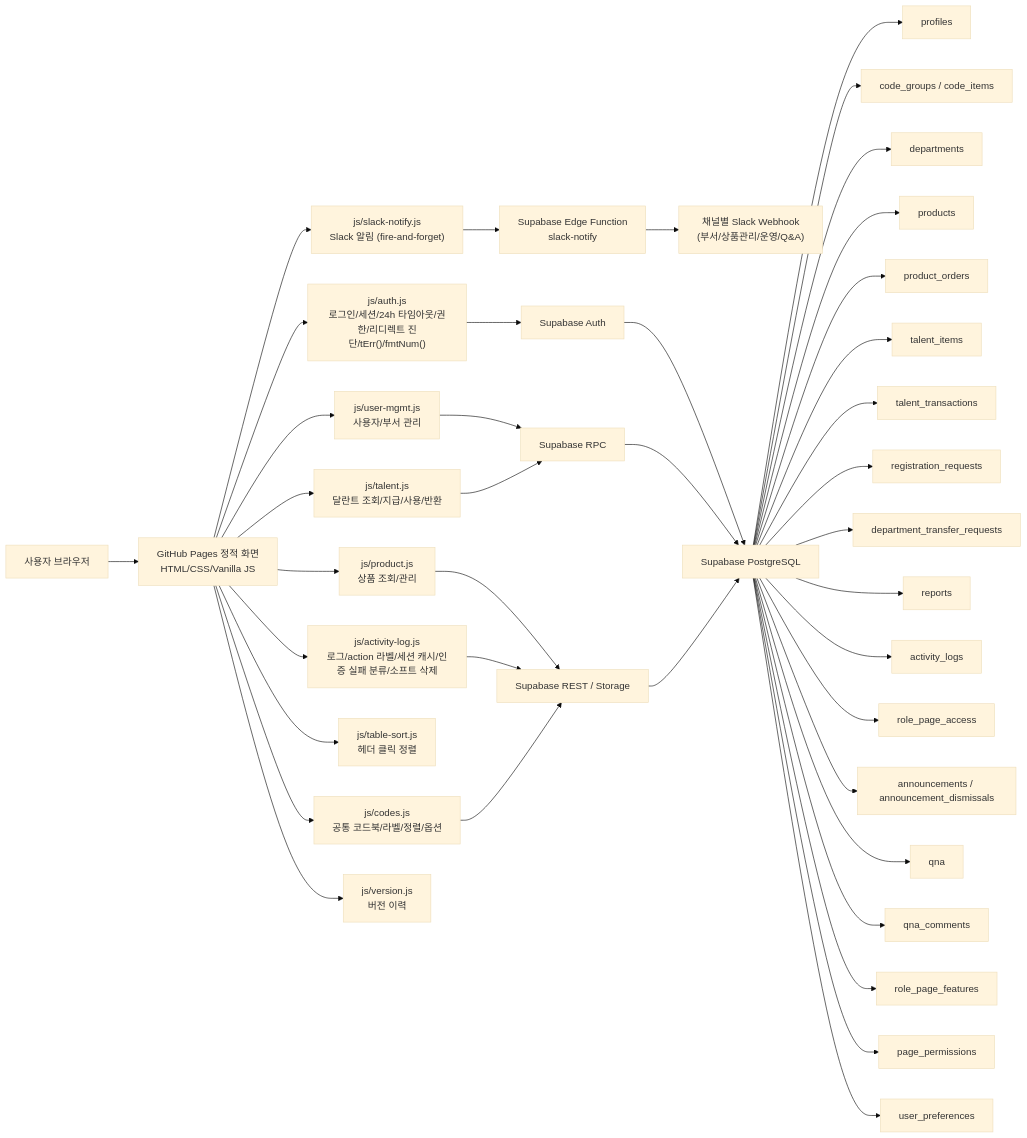
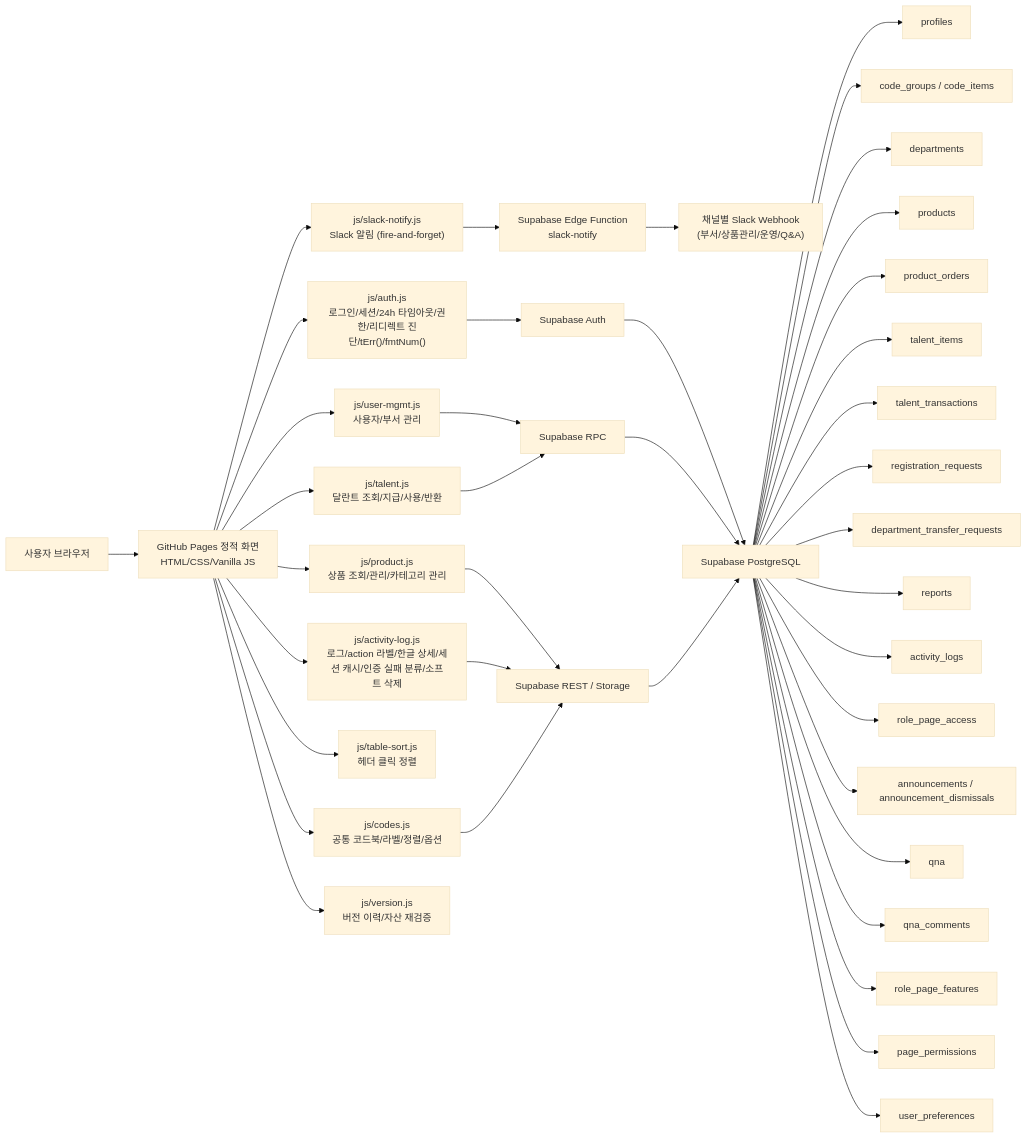
The first of 16 diagrams in docs/PROJECT_ARCHITECTURE_FLOW.md (CHO-Talents-Test/CHO-Talents-Test), drawn with Mermaid (base theme) before and after one commit. The commit also changed other lines of this file and 16 other files, not shown here.

````diff
--- a/docs/PROJECT_ARCHITECTURE_FLOW.md
+++ b/docs/PROJECT_ARCHITECTURE_FLOW.md
@@ -27,47 +27,47 @@
 ```mermaid
 flowchart LR
   User["사용자 브라우저"] --> Pages["GitHub Pages 정적 화면<br/>HTML/CSS/Vanilla JS"]
 
   Pages --> AuthJS["js/auth.js<br/>로그인/세션/24h 타임아웃/권한/리디렉트 진단/tErr()/fmtNum()"]
-  Pages --> LogJS["js/activity-log.js<br/>로그/action 라벨/세션 캐시/인증 실패 분류/소프트 삭제"]
+  Pages --> LogJS["js/activity-log.js<br/>로그/action 라벨/한글 상세/세션 캐시/인증 실패 분류/소프트 삭제"]
   Pages --> CodesJS["js/codes.js<br/>공통 코드북/라벨/정렬/옵션"]
   Pages --> UserMgmt["js/user-mgmt.js<br/>사용자/부서 관리"]
   Pages --> TalentJS["js/talent.js<br/>달란트 조회/지급/사용/반환"]
-  Pages --> ProductJS["js/product.js<br/>상품 조회/관리"]
+  Pages --> ProductJS["js/product.js<br/>상품 조회/관리/카테고리 관리"]
   Pages --> TableSortJS["js/table-sort.js<br/>헤더 클릭 정렬"]
   Pages --> SlackJS["js/slack-notify.js<br/>Slack 알림 (fire-and-forget)"]
-  Pages --> VersionJS["js/version.js<br/>버전 이력"]
+  Pages --> VersionJS["js/version.js<br/>버전 이력/자산 재검증"]
 
   SlackJS --> EdgeFn["Supabase Edge Function<br/>slack-notify"]
   EdgeFn --> Slack["채널별 Slack Webhook<br/>(부서/상품관리/운영/Q&A)"]
 
   AuthJS --> Auth["Supabase Auth"]
   UserMgmt --> RPC["Supabase RPC"]
   TalentJS --> RPC
   ProductJS --> Rest["Supabase REST / Storage"]
   LogJS --> Rest
   CodesJS --> Rest
 
   Auth --> DB["Supabase PostgreSQL"]
   RPC --> DB
   Rest --> DB
 
   DB --> Profiles["profiles"]
   DB --> Codes["code_groups / code_items"]
   DB --> Departments["departments"]
   DB --> Products["products"]
   DB --> Orders["product_orders"]
   DB --> Items["talent_items"]
   DB --> Transactions["talent_transactions"]
   DB --> Requests["registration_requests"]
   DB --> Transfers["department_transfer_requests"]
   DB --> Reports["reports"]
   DB --> Logs["activity_logs"]
   DB --> RoleAccess["role_page_access"]
   DB --> Announcements["announcements / announcement_dismissals"]
   DB --> QnA["qna"]
   DB --> QnAComments["qna_comments"]
   DB --> RoleFeatures["role_page_features"]
   DB --> PagePerms["page_permissions"]
   DB --> UserPrefs["user_preferences"]
 ```
````
